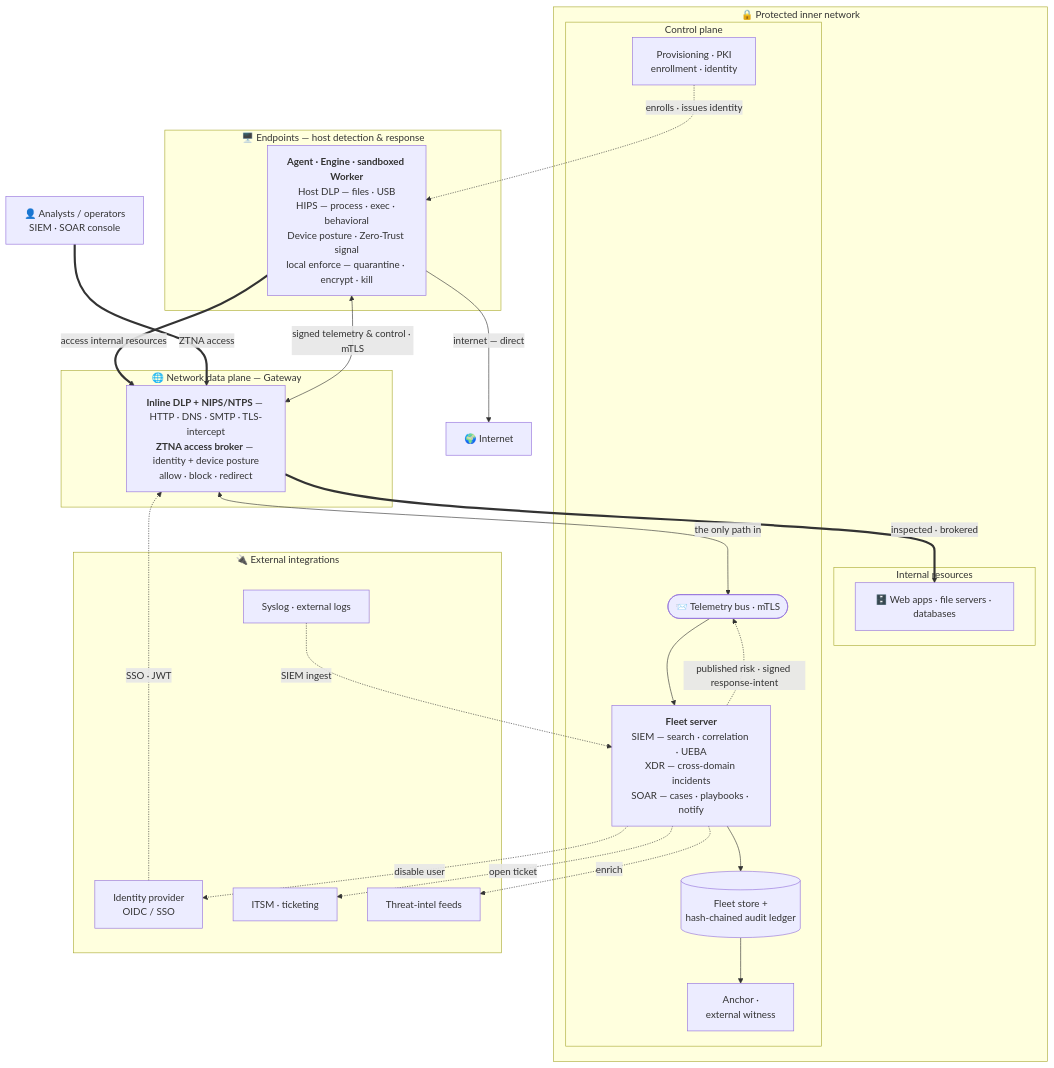
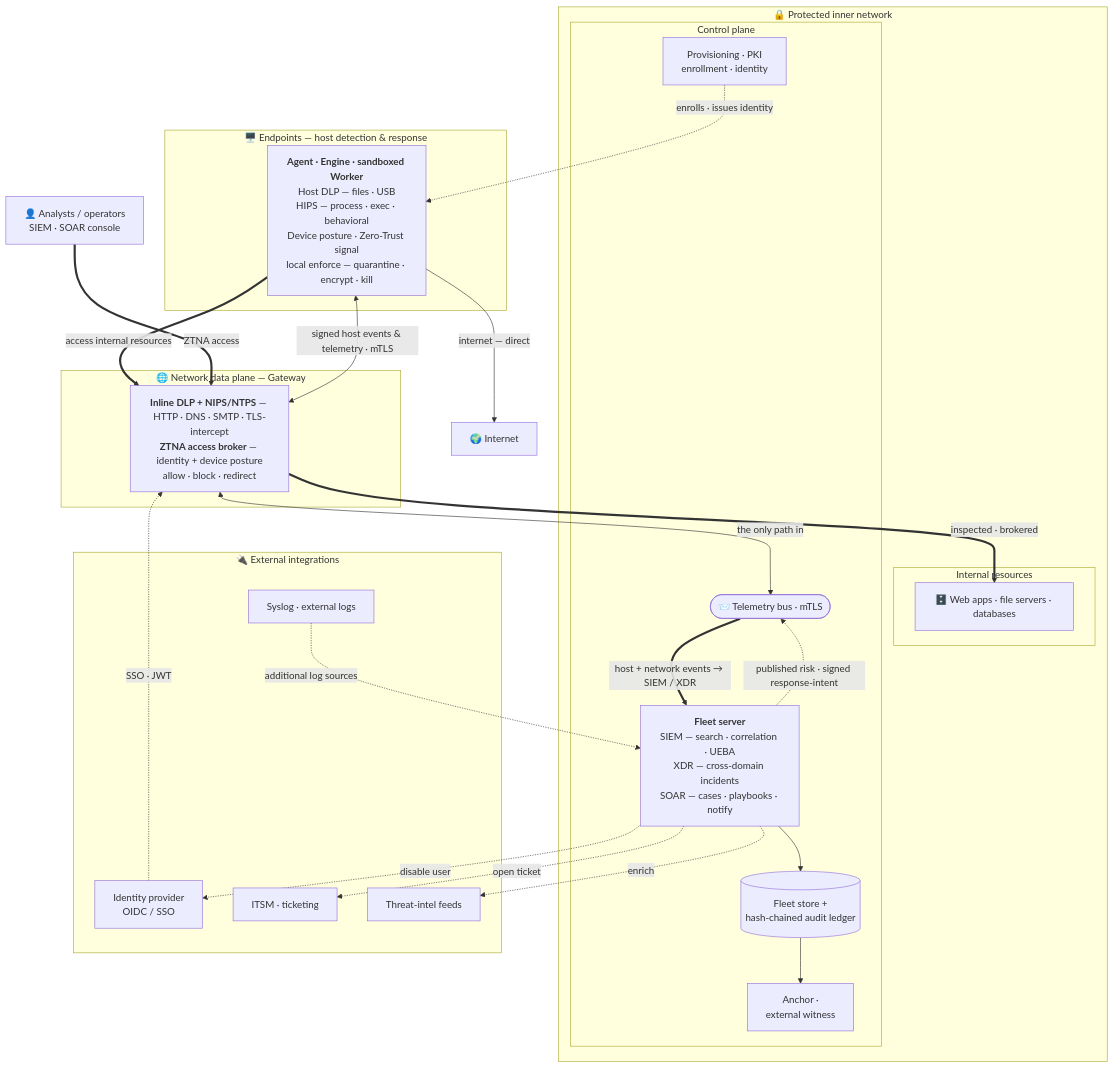
Before and after one commit to lucianoengel/openshield: the second of 2 diagrams in README.md, drawn with Mermaid. The commit also changed other lines of this file, not shown here.

Commit message:
docs(readme): SIEM/XDR events come from host + network detections, not external logs
The topology labeled SIEM ingest on the external-syslog edge, implying
that was the source. Correct it: the host agent's monitoring (file DLP,
HIPS process/exec, USB, posture) and the gateway's network detections are
the primary signed-event feed the SIEM/XDR correlate; external syslog is
an additional source. Relabel the telemetry path as the event feed and
demote external logs to "additional log sources".

Claude-Session: https://claude.ai/code/session_01Gje3Gh3QBxvn862Z6gHi7Q

````diff
--- a/README.md
+++ b/README.md
@@ -122,57 +123,57 @@
 ```mermaid
 flowchart TB
   INET["🌍 Internet"]
 
   subgraph EP["🖥️ Endpoints — host detection &amp; response"]
     HOST["<b>Agent · Engine · sandboxed Worker</b><br/>Host DLP — files · USB<br/>HIPS — process · exec · behavioral<br/>Device posture · Zero-Trust signal<br/>local enforce — quarantine · encrypt · kill"]
   end
 
   subgraph NETP["🌐 Network data plane — Gateway"]
     GW["<b>Inline DLP + NIPS/NTPS</b> — HTTP · DNS · SMTP · TLS-intercept<br/><b>ZTNA access broker</b> — identity + device posture<br/>allow · block · redirect"]
   end
 
   subgraph INNER["🔒 Protected inner network"]
     subgraph RES["Internal resources"]
       APPS["🗄️ Web apps · file servers · databases"]
     end
     subgraph CP["Control plane"]
       BUS(["📨 Telemetry bus · mTLS"])
       SRV["<b>Fleet server</b><br/>SIEM — search · correlation · UEBA<br/>XDR — cross-domain incidents<br/>SOAR — cases · playbooks · notify"]
       LED[("Fleet store +<br/>hash-chained audit ledger")]
       PKI["Provisioning · PKI<br/>enrollment · identity"]
       ANC["Anchor ·<br/>external witness"]
     end
   end
 
   OPS["👤 Analysts / operators<br/>SIEM · SOAR console"]
 
   subgraph EXT["🔌 External integrations"]
     IDP["Identity provider<br/>OIDC / SSO"]
     ITSM["ITSM · ticketing"]
     TI["Threat-intel feeds"]
     LOGS["Syslog · external logs"]
   end
 
   %% data plane — user access
   HOST -->|"internet — direct"| INET
   HOST ==>|"access internal resources"| GW
   GW ==>|"inspected · brokered"| APPS
   OPS ==>|"ZTNA access"| GW
 
-  %% management plane — telemetry into the inner network
-  HOST <-->|"signed telemetry &amp; control · mTLS"| GW
+  %% management plane — signed events into the inner network (the SIEM/XDR feed)
+  HOST <-->|"signed host events &amp; telemetry · mTLS"| GW
   GW <-->|"the only path in"| BUS
-  BUS --> SRV
+  BUS ==>|"host + network events → SIEM / XDR"| SRV
   SRV --> LED --> ANC
 
   %% identity / zero trust
   PKI -.->|"enrolls · issues identity"| HOST
   IDP -.->|"SSO · JWT"| GW
-  LOGS -.->|"SIEM ingest"| SRV
+  LOGS -.->|"additional log sources"| SRV
 
   %% coordinated response — XDR / SOAR feedback
   SRV -.->|"published risk · signed response-intent"| BUS
   SRV -.->|"enrich"| TI
   SRV -.->|"disable user"| IDP
   SRV -.->|"open ticket"| ITSM
 ```
````
